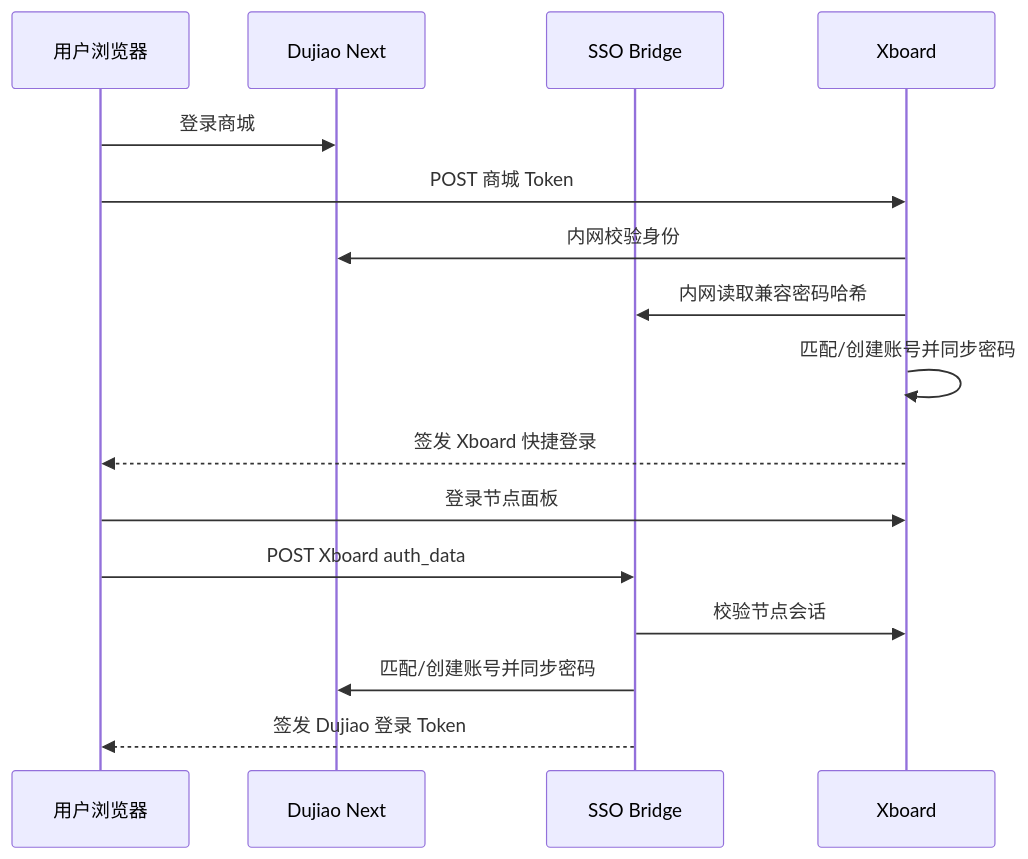
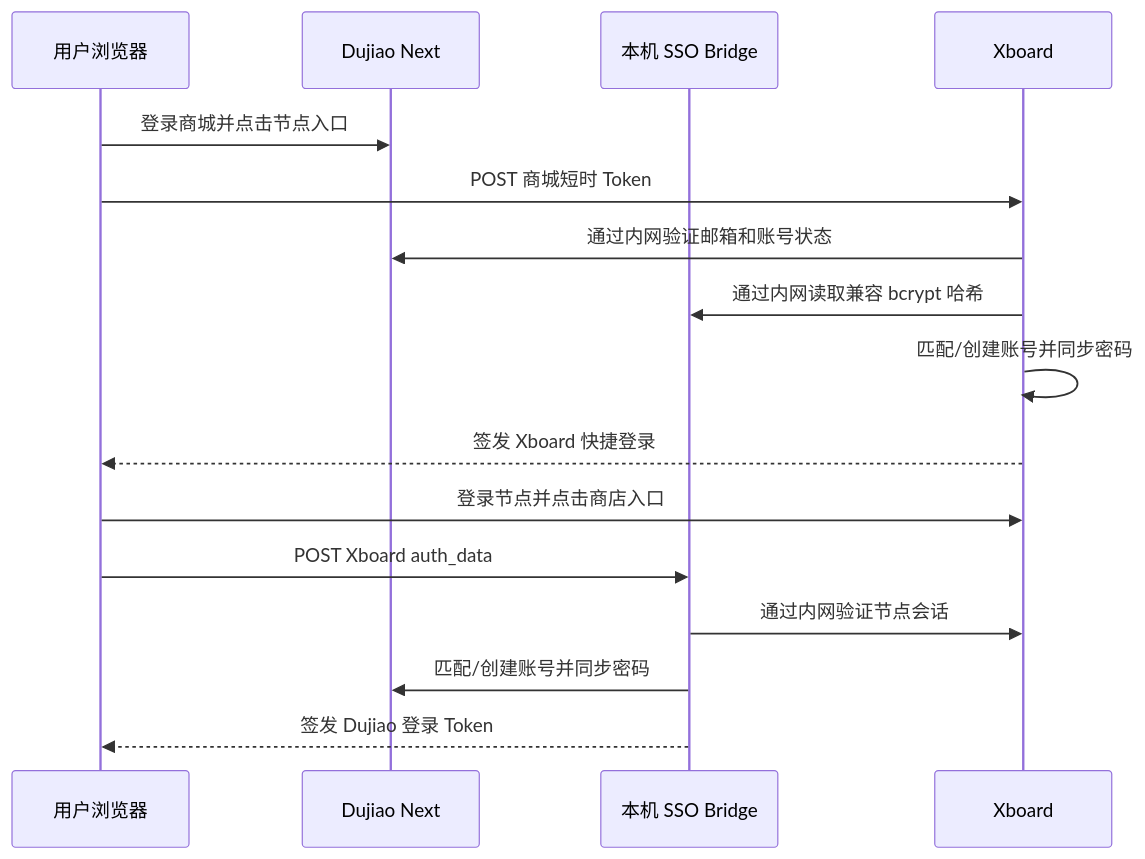
One commit to bimaidalao/dujiao-xboard-sso-bridge changed the diagram in README.md. Above: the diagram before and after it, drawn with Mermaid. The commit also changed other lines of this file and 2 other files, not shown here.

````diff
--- a/README.md
+++ b/README.md
@@ -40,20 +74,20 @@
 ```mermaid
 sequenceDiagram
     participant U as 用户浏览器
     participant D as Dujiao Next
-    participant B as SSO Bridge
+    participant B as 本机 SSO Bridge
     participant X as Xboard
 
-    U->>D: 登录商城
-    U->>X: POST 商城 Token
-    X->>D: 内网校验身份
-    X->>B: 内网读取兼容密码哈希
+    U->>D: 登录商城并点击节点入口
+    U->>X: POST 商城短时 Token
+    X->>D: 通过内网验证邮箱和账号状态
+    X->>B: 通过内网读取兼容 bcrypt 哈希
     X->>X: 匹配/创建账号并同步密码
     X-->>U: 签发 Xboard 快捷登录
 
-    U->>X: 登录节点面板
+    U->>X: 登录节点并点击商店入口
     U->>B: POST Xboard auth_data
-    B->>X: 校验节点会话
+    B->>X: 通过内网验证节点会话
     B->>D: 匹配/创建账号并同步密码
     B-->>U: 签发 Dujiao 登录 Token
 ```
````
